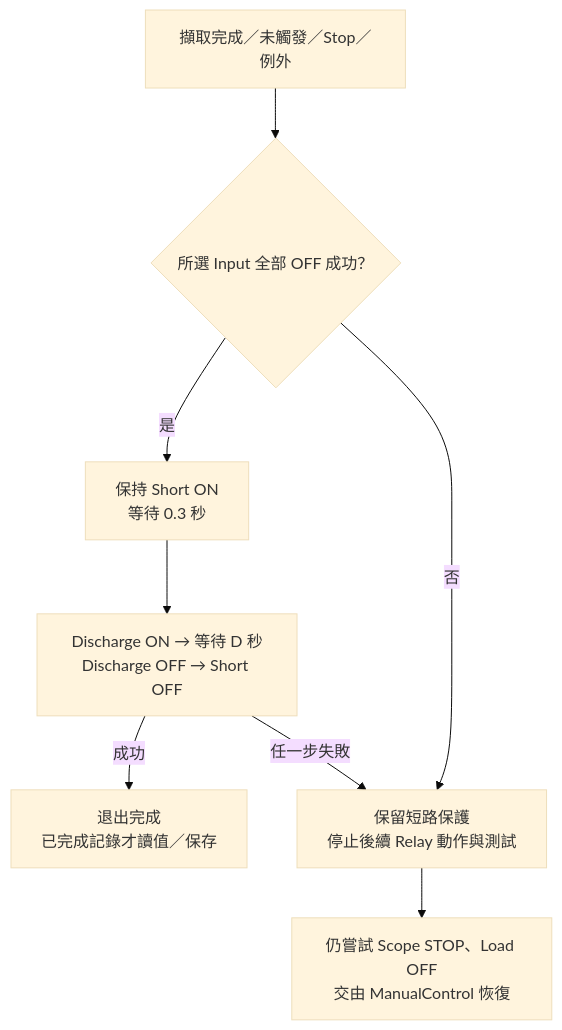
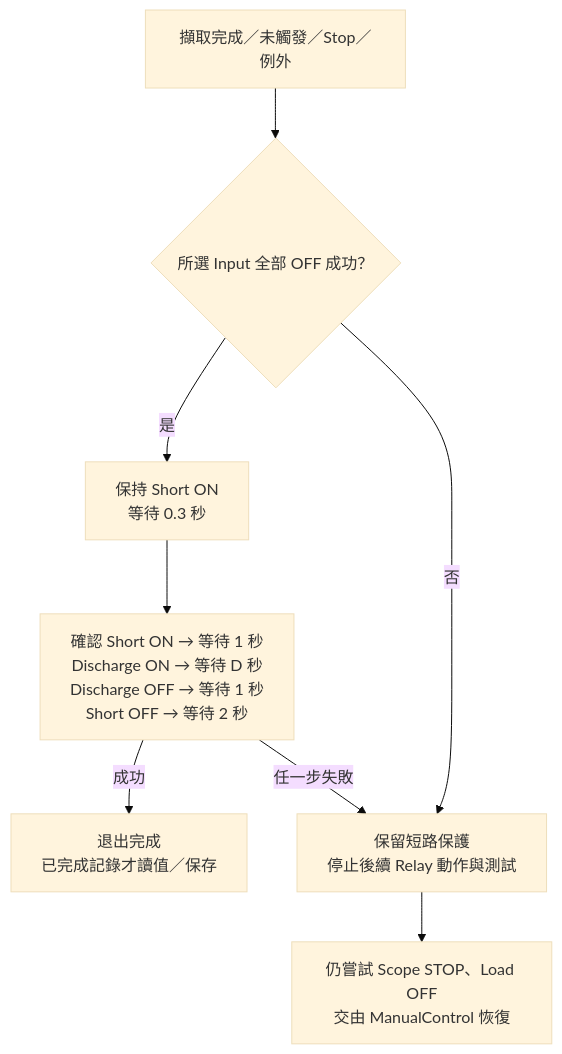
Before and after one commit to Jaxon-Su/ElectronicATE: the fourth of 6 diagrams in MEASUREMENT_STRATEGIES.md, drawn with Mermaid (base theme). The commit also changed other lines of this file and 22 other files, not shown here.

````diff
--- a/MEASUREMENT_STRATEGIES.md
+++ b/MEASUREMENT_STRATEGIES.md
@@ -230,10 +231,10 @@
 ```mermaid
 flowchart TD
     A["擷取完成／未觸發／Stop／例外"] --> B{"所選 Input 全部 OFF 成功？"}
     B -->|"是"| C["保持 Short ON<br/>等待 0.3 秒"]
-    C --> D["Discharge ON → 等待 D 秒<br/>Discharge OFF → Short OFF"]
+    C --> D["確認 Short ON → 等待 1 秒<br/>Discharge ON → 等待 D 秒<br/>Discharge OFF → 等待 1 秒<br/>Short OFF → 等待 2 秒"]
     D -->|"成功"| E["退出完成<br/>已完成記錄才讀值／保存"]
     B -->|"否"| F["保留短路保護<br/>停止後續 Relay 動作與測試"]
     D -->|"任一步失敗"| F
     F --> G["仍嘗試 Scope STOP、Load OFF<br/>交由 ManualControl 恢復"]
 ```
````
